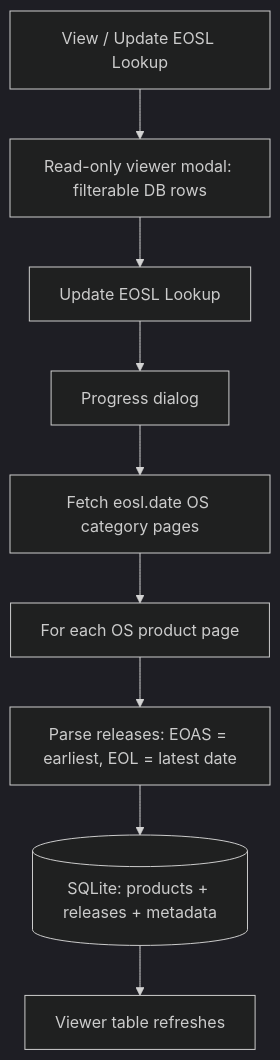
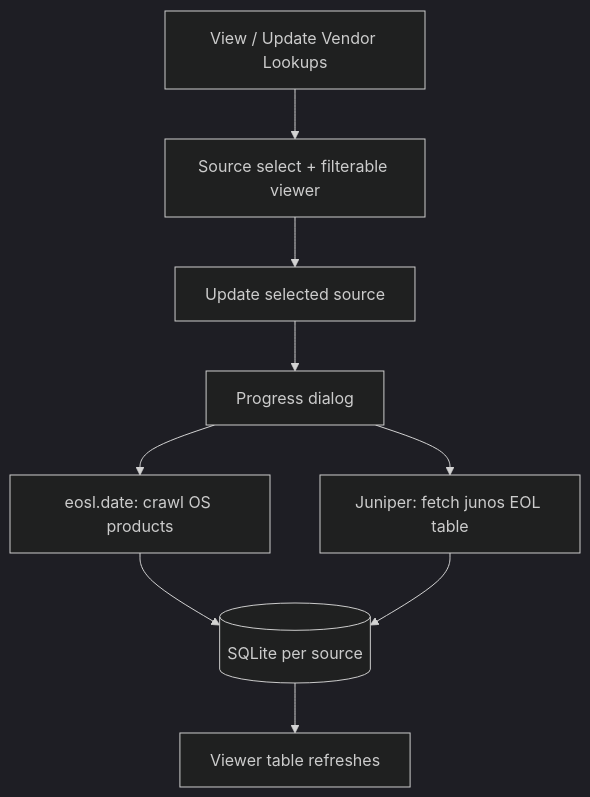
The sixth of 7 diagrams in README.md (jibinge0rge/OS-Health-Check), drawn with Mermaid (dark theme) before and after one commit. The commit also changed other lines of this file and 7 other files, not shown here.

First line of the commit message:
Add Junos OS lifecycle data scraping and vendor lookup functionality

````diff
--- a/README.md
+++ b/README.md
@@ -259,11 +319,11 @@
 ```mermaid
 flowchart TD
-  View[View / Update EOSL Lookup] --> Modal[Read-only viewer modal: filterable DB rows]
-  Modal --> U[Update EOSL Lookup]
+  View[View / Update Vendor Lookups] --> Modal[Source select + filterable viewer]
+  Modal --> U[Update selected source]
   U --> Prog[Progress dialog]
-  Prog --> Idx[Fetch eosl.date OS category pages]
-  Idx --> Prod[For each OS product page]
-  Prod --> Parse[Parse releases: EOAS = earliest, EOL = latest date]
-  Parse --> Store[(SQLite: products + releases + metadata)]
-  Store --> Refresh[Viewer table refreshes]
+  Prog --> EoslPath[eosl.date: crawl OS products]
+  Prog --> JunosPath[Juniper: fetch junos EOL table]
+  EoslPath --> Store[(SQLite per source)]
+  JunosPath --> Store
+  Store --> RefreshUI[Viewer table refreshes]
 ```
````
